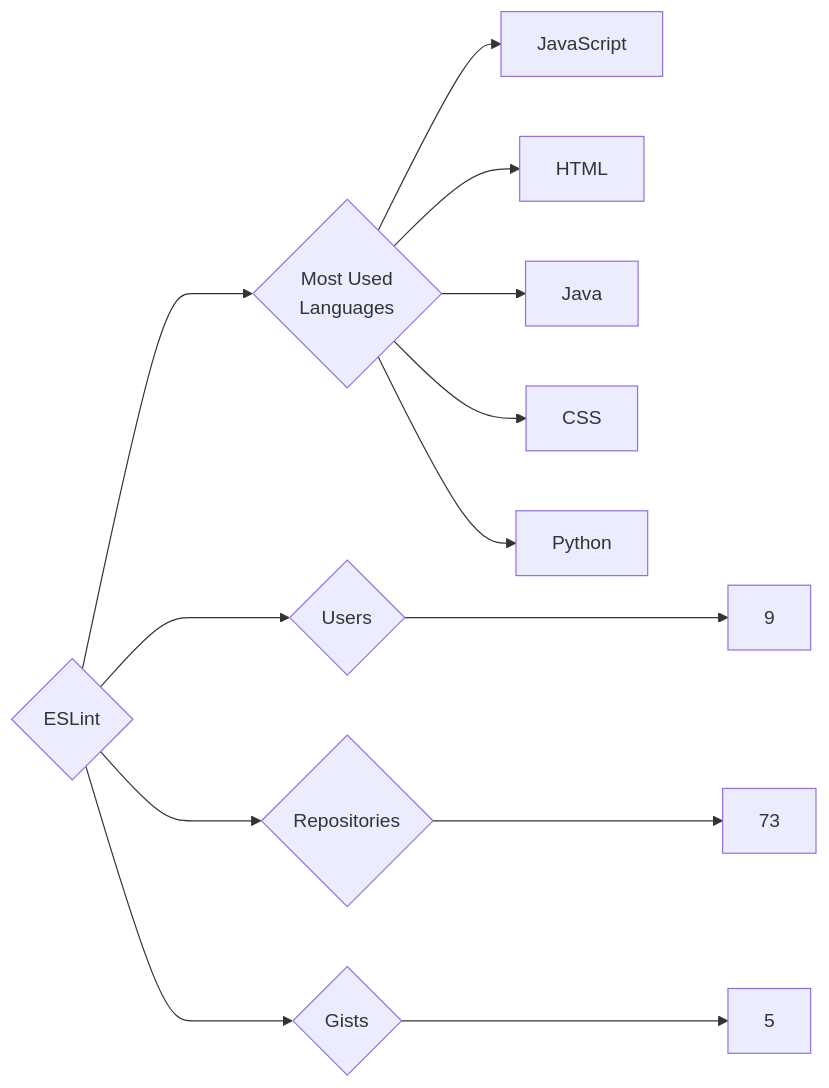
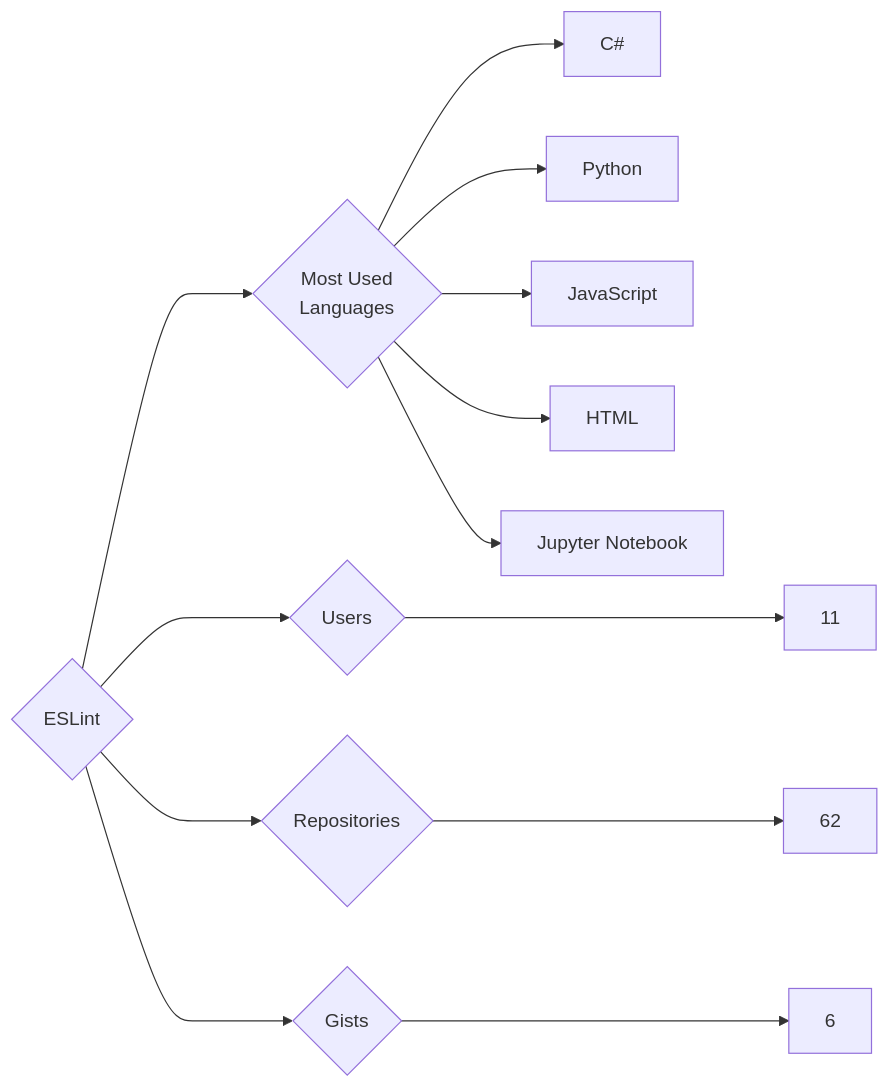
One commit to trickest/insiders changed the diagram in targets/ESLint/README.md. Above: the diagram before and after it, drawn with Mermaid. The commit also changed 1166 other files, not shown here.

````diff
--- a/targets/ESLint/README.md
+++ b/targets/ESLint/README.md
@@ -3,13 +3,13 @@
 ```mermaid
 graph LR
 COMPANY_NAME{ESLint}
-COMPANY_NAME ---> U{Users} ---> UN[9]
-COMPANY_NAME ---> R{Repositories} ---> RN[73]
-COMPANY_NAME ---> G{Gists} ---> GN[5]
+COMPANY_NAME ---> U{Users} ---> UN[11]
+COMPANY_NAME ---> R{Repositories} ---> RN[62]
+COMPANY_NAME ---> G{Gists} ---> GN[6]
 COMPANY_NAME ---> ML{Most Used<br>Languages}
+ML --> C#[C#]
+ML --> Python[Python]
 ML --> JavaScript[JavaScript]
 ML --> HTML[HTML]
-ML --> Java[Java]
-ML --> CSS[CSS]
-ML --> Python[Python]
+ML --> Jupyter_Notebook[Jupyter Notebook]
 ```
````
